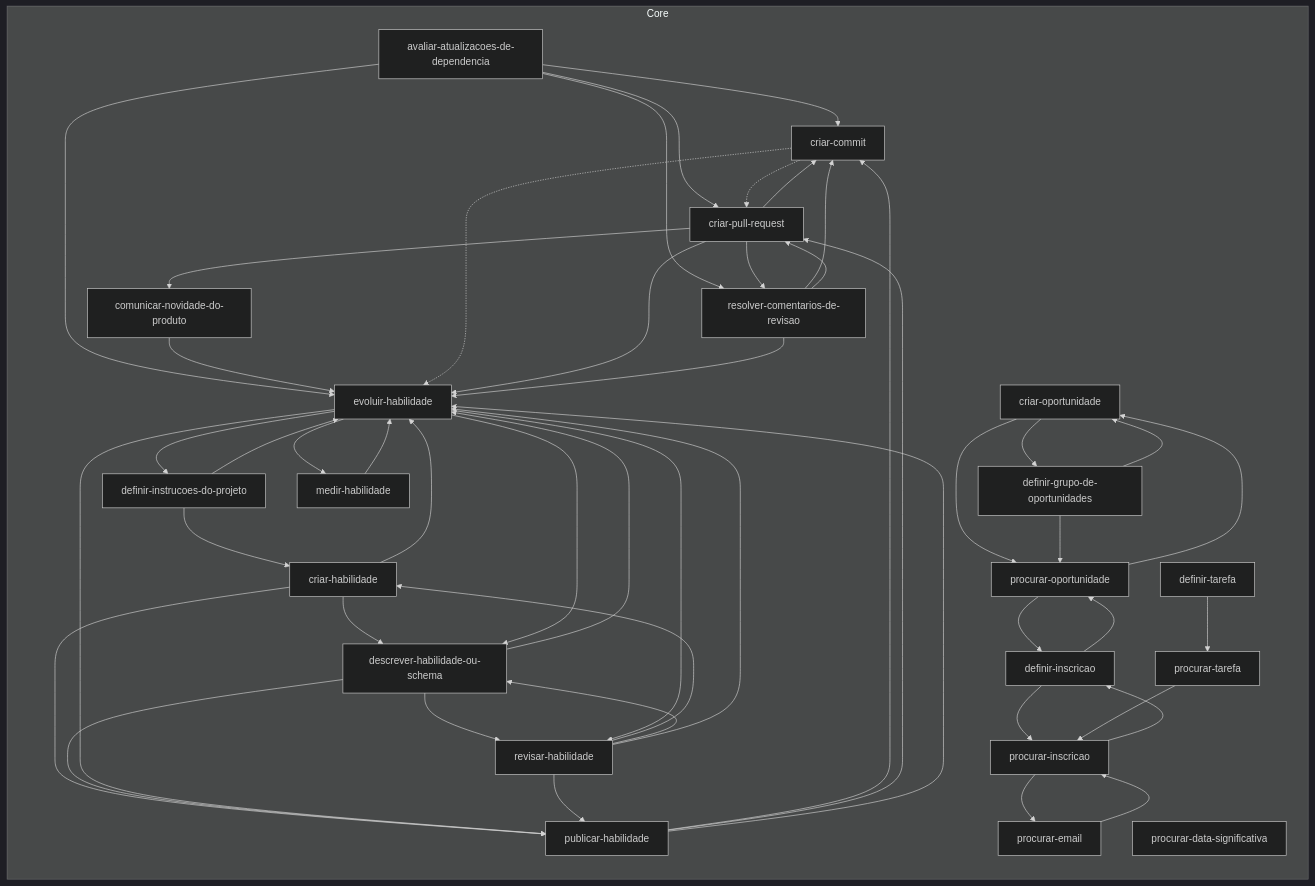
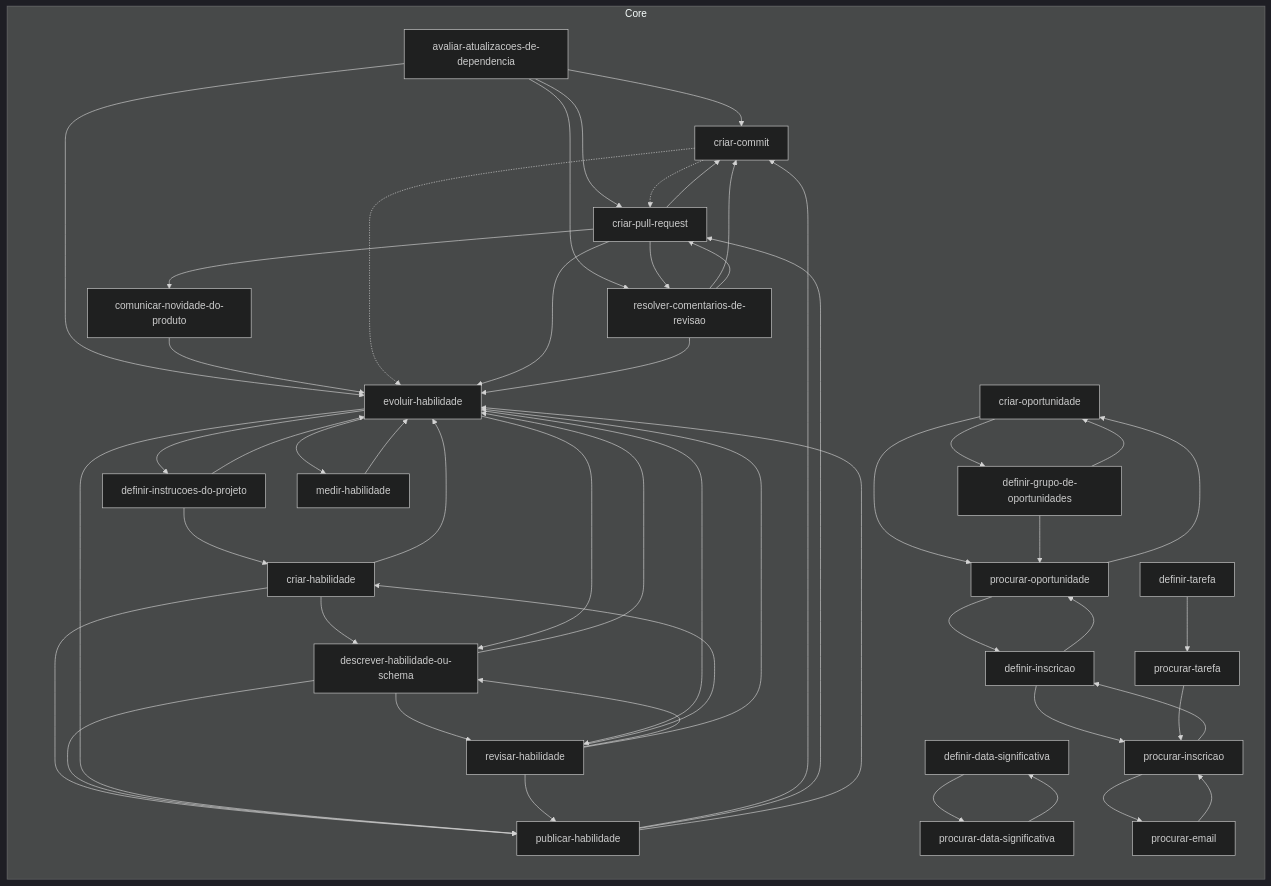
The diagram in .agents/skills/README.md (jimmyandrade/harness), drawn with Mermaid (dark theme) before and after one commit. The commit also changed 9 other files, not shown here.

First line of the commit message:
feat(definir-data-significativa): move the skill to the core

````diff
--- a/.agents/skills/README.md
+++ b/.agents/skills/README.md
@@ -11,74 +11,77 @@
 ```mermaid
 flowchart LR
   subgraph core["Core"]
     avaliar_atualizacoes_de_dependencia["avaliar-atualizacoes-de-dependencia"]
     comunicar_novidade_do_produto["comunicar-novidade-do-produto"]
     criar_commit["criar-commit"]
     criar_habilidade["criar-habilidade"]
     criar_oportunidade["criar-oportunidade"]
     criar_pull_request["criar-pull-request"]
+    definir_data_significativa["definir-data-significativa"]
     definir_grupo_de_oportunidades["definir-grupo-de-oportunidades"]
     definir_inscricao["definir-inscricao"]
     definir_instrucoes_do_projeto["definir-instrucoes-do-projeto"]
     definir_tarefa["definir-tarefa"]
     descrever_habilidade_ou_schema["descrever-habilidade-ou-schema"]
     evoluir_habilidade["evoluir-habilidade"]
     medir_habilidade["medir-habilidade"]
     procurar_data_significativa["procurar-data-significativa"]
     procurar_email["procurar-email"]
     procurar_inscricao["procurar-inscricao"]
     procurar_oportunidade["procurar-oportunidade"]
     procurar_tarefa["procurar-tarefa"]
     publicar_habilidade["publicar-habilidade"]
     resolver_comentarios_de_revisao["resolver-comentarios-de-revisao"]
     revisar_habilidade["revisar-habilidade"]
   end
   avaliar_atualizacoes_de_dependencia --> criar_commit
   avaliar_atualizacoes_de_dependencia --> criar_pull_request
   avaliar_atualizacoes_de_dependencia --> evoluir_habilidade
   avaliar_atualizacoes_de_dependencia --> resolver_comentarios_de_revisao
   comunicar_novidade_do_produto --> evoluir_habilidade
   criar_commit -.-> criar_pull_request
   criar_commit -.-> evoluir_habilidade
   criar_habilidade --> descrever_habilidade_ou_schema
   criar_habilidade --> evoluir_habilidade
   criar_habilidade --> publicar_habilidade
   criar_oportunidade --> definir_grupo_de_oportunidades
   criar_oportunidade --> procurar_oportunidade
   criar_pull_request --> comunicar_novidade_do_produto
   criar_pull_request --> criar_commit
   criar_pull_request --> evoluir_habilidade
   criar_pull_request --> resolver_comentarios_de_revisao
+  definir_data_significativa --> procurar_data_significativa
   definir_grupo_de_oportunidades --> criar_oportunidade
   definir_grupo_de_oportunidades --> procurar_oportunidade
   definir_inscricao --> procurar_inscricao
   definir_inscricao --> procurar_oportunidade
   definir_instrucoes_do_projeto --> criar_habilidade
   definir_instrucoes_do_projeto --> evoluir_habilidade
   definir_tarefa --> procurar_tarefa
   descrever_habilidade_ou_schema --> evoluir_habilidade
   descrever_habilidade_ou_schema --> publicar_habilidade
   descrever_habilidade_ou_schema --> revisar_habilidade
   evoluir_habilidade --> definir_instrucoes_do_projeto
   evoluir_habilidade --> descrever_habilidade_ou_schema
   evoluir_habilidade --> medir_habilidade
   evoluir_habilidade --> publicar_habilidade
   evoluir_habilidade --> revisar_habilidade
   medir_habilidade --> evoluir_habilidade
+  procurar_data_significativa --> definir_data_significativa
   procurar_email --> procurar_inscricao
   procurar_inscricao --> definir_inscricao
   procurar_inscricao --> procurar_email
   procurar_oportunidade --> criar_oportunidade
   procurar_oportunidade --> definir_inscricao
   procurar_tarefa --> procurar_inscricao
   publicar_habilidade --> criar_commit
   publicar_habilidade --> criar_pull_request
   publicar_habilidade --> evoluir_habilidade
   resolver_comentarios_de_revisao --> criar_commit
   resolver_comentarios_de_revisao --> criar_pull_request
   resolver_comentarios_de_revisao --> evoluir_habilidade
   revisar_habilidade --> criar_habilidade
   revisar_habilidade --> descrever_habilidade_ou_schema
   revisar_habilidade --> evoluir_habilidade
   revisar_habilidade --> publicar_habilidade
 ```
````
